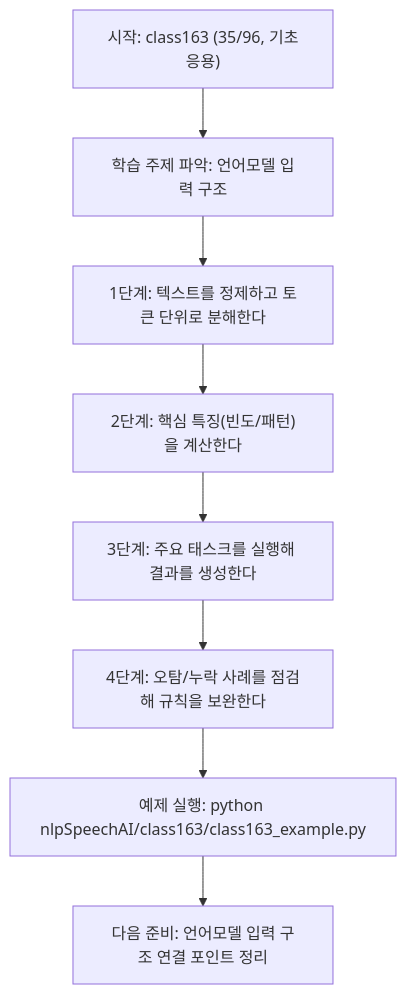
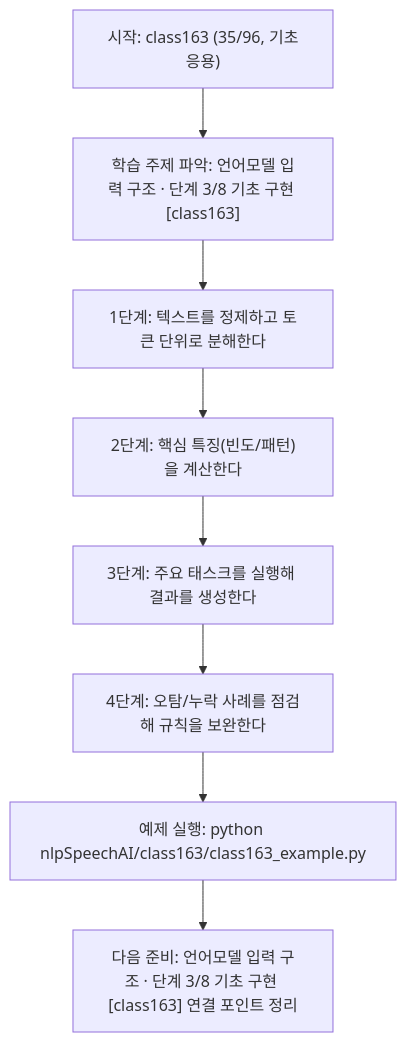
One commit to edumgt/Python-AI_Agent-Class changed the diagram in nlpSpeechAI/class163/class163.md. Above: the diagram before and after it, drawn with Mermaid. The commit also changed other lines of this file and 522 other files, not shown here.

````diff
--- a/nlpSpeechAI/class163/class163.md
+++ b/nlpSpeechAI/class163/class163.md
@@ -113,18 +114,18 @@
 ```mermaid
 flowchart TD
 N1["시작: class163 (35/96, 기초응용)"]
-N2["학습 주제 파악: 언어모델 입력 구조"]
+N2["학습 주제 파악: 언어모델 입력 구조 · 단계 3/8 기초 구현 [class163]"]
 N3["1단계: 텍스트를 정제하고 토큰 단위로 분해한다"]
 N4["2단계: 핵심 특징(빈도/패턴)을 계산한다"]
 N5["3단계: 주요 태스크를 실행해 결과를 생성한다"]
 N6["4단계: 오탐/누락 사례를 점검해 규칙을 보완한다"]
 N7["예제 실행: python nlpSpeechAI/class163/class163_example.py"]
-N8["다음 준비: 언어모델 입력 구조 연결 포인트 정리"]
+N8["다음 준비: 언어모델 입력 구조 · 단계 3/8 기초 구현 [class163] 연결 포인트 정리"]
 N1 --> N2
 N2 --> N3
 N3 --> N4
 N4 --> N5
 N5 --> N6
 N6 --> N7
 N7 --> N8
 ```
````
